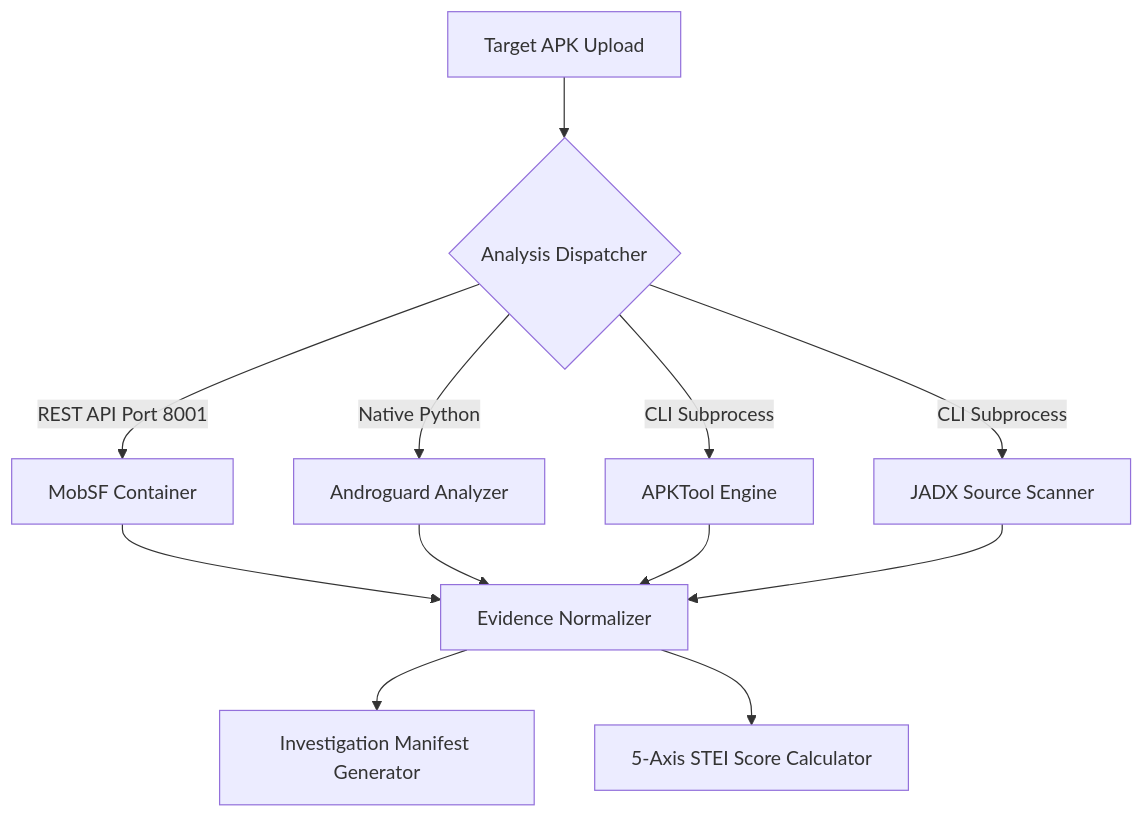
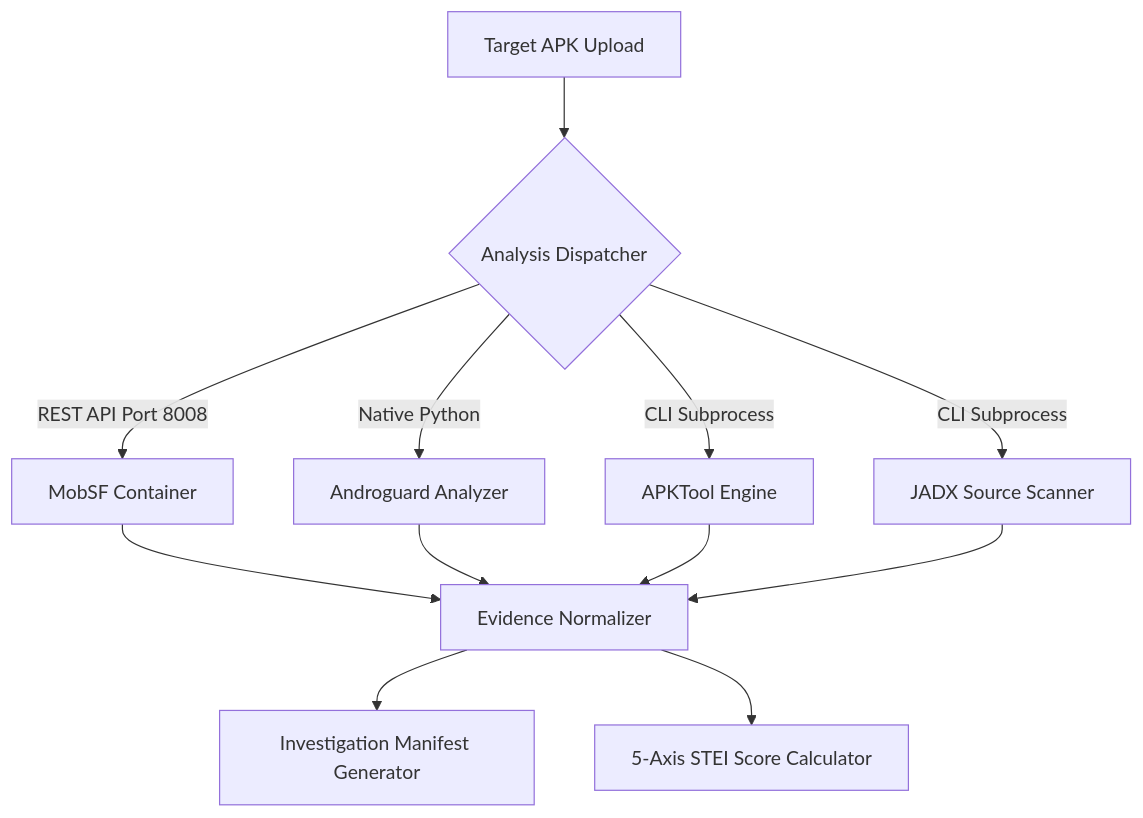
The diagram in docs/architecture/03_STATIC_THREAT_INTELLIGENCE.md (SanTiwari07/Sudarshan), drawn with Mermaid before and after one commit. The commit also changed other lines of this file and 22 other files, not shown here.

Commit message:
comprehensive project documentation and microservice architecture guides

````diff
--- a/docs/architecture/03_STATIC_THREAT_INTELLIGENCE.md
+++ b/docs/architecture/03_STATIC_THREAT_INTELLIGENCE.md
@@ -38,17 +39,17 @@
 ```mermaid
 graph TD
     APK[Target APK Upload] --> SPLIT{Analysis Dispatcher}
 
-    SPLIT -->|REST API Port 8001| MobSF[MobSF Container]
+    SPLIT -->|REST API Port 8008| MobSF[MobSF Container]
     SPLIT -->|Native Python| Andro[Androguard Analyzer]
     SPLIT -->|CLI Subprocess| APKT[APKTool Engine]
     SPLIT -->|CLI Subprocess| JADX[JADX Source Scanner]
 
     MobSF --> NORM[Evidence Normalizer]
     Andro --> NORM
     APKT --> NORM
     JADX --> NORM
 
     NORM --> MANIFEST[Investigation Manifest Generator]
     NORM --> STEI[5-Axis STEI Score Calculator]
 ```
````
